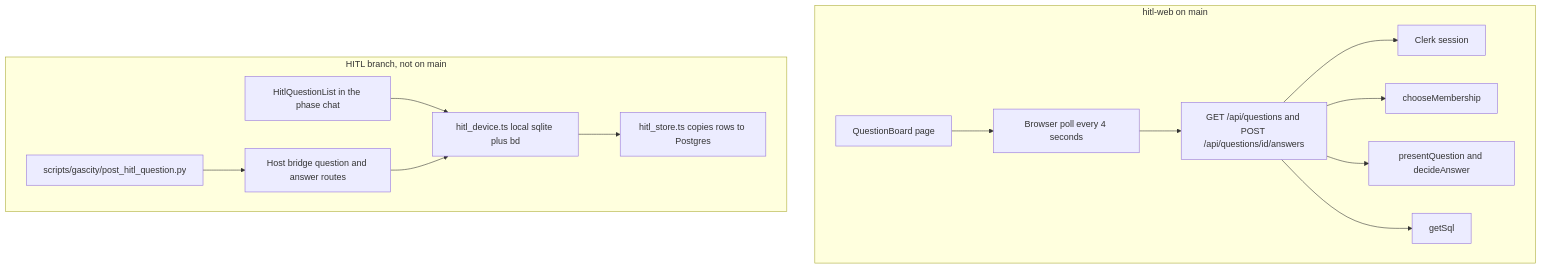
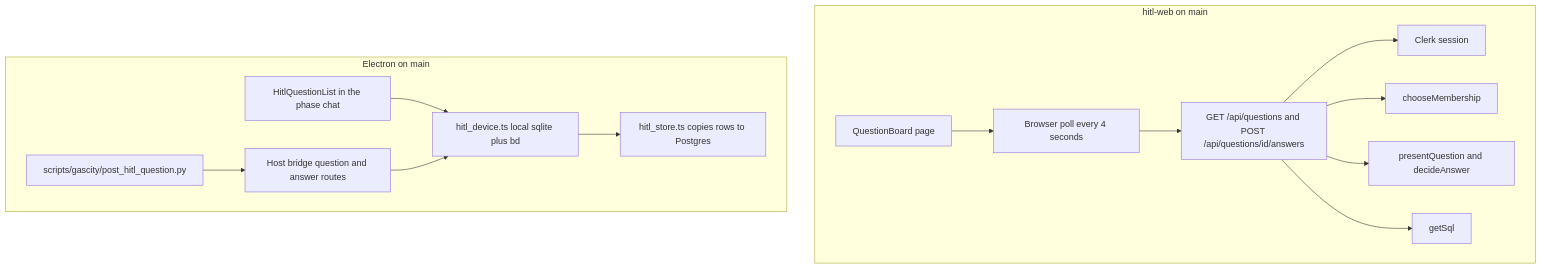
The second of 7 diagrams in docs/hitl-architecture.md (Awannaphasch2016/dyad), drawn with Mermaid before and after one commit. The commit also changed other lines of this file, not shown here.

First line of the commit message:
Record that the Human Loop note matches main.

````diff
--- a/docs/hitl-architecture.md
+++ b/docs/hitl-architecture.md
@@ -72,31 +77,31 @@
 ```mermaid
 flowchart TB
   subgraph web ["hitl-web on main"]
     ui["QuestionBoard page"]
     authn["Clerk session"]
     tenant["chooseMembership"]
     rules["presentQuestion and decideAnswer"]
     api["GET /api/questions and POST /api/questions/id/answers"]
     sql["getSql"]
     poll["Browser poll every 4 seconds"]
   end
 
-  subgraph branch ["HITL branch, not on main"]
+  subgraph electronHitl ["Electron on main"]
     listUi["HitlQuestionList in the phase chat"]
     device["hitl_device.ts local sqlite plus bd"]
     mirror["hitl_store.ts copies rows to Postgres"]
     bridgeApi["Host bridge question and answer routes"]
     factoryPost["scripts/gascity/post_hitl_question.py"]
   end
 
   ui --> poll
   poll --> api
   api --> authn
   api --> tenant
   api --> rules
   api --> sql
   listUi --> device
   factoryPost --> bridgeApi
   bridgeApi --> device
   device --> mirror
 ```
````
